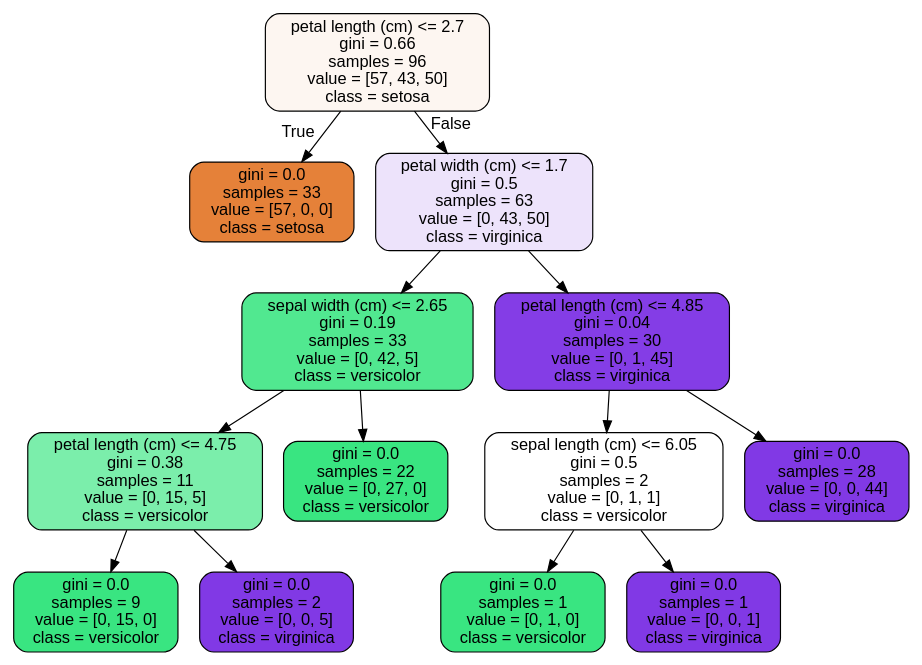
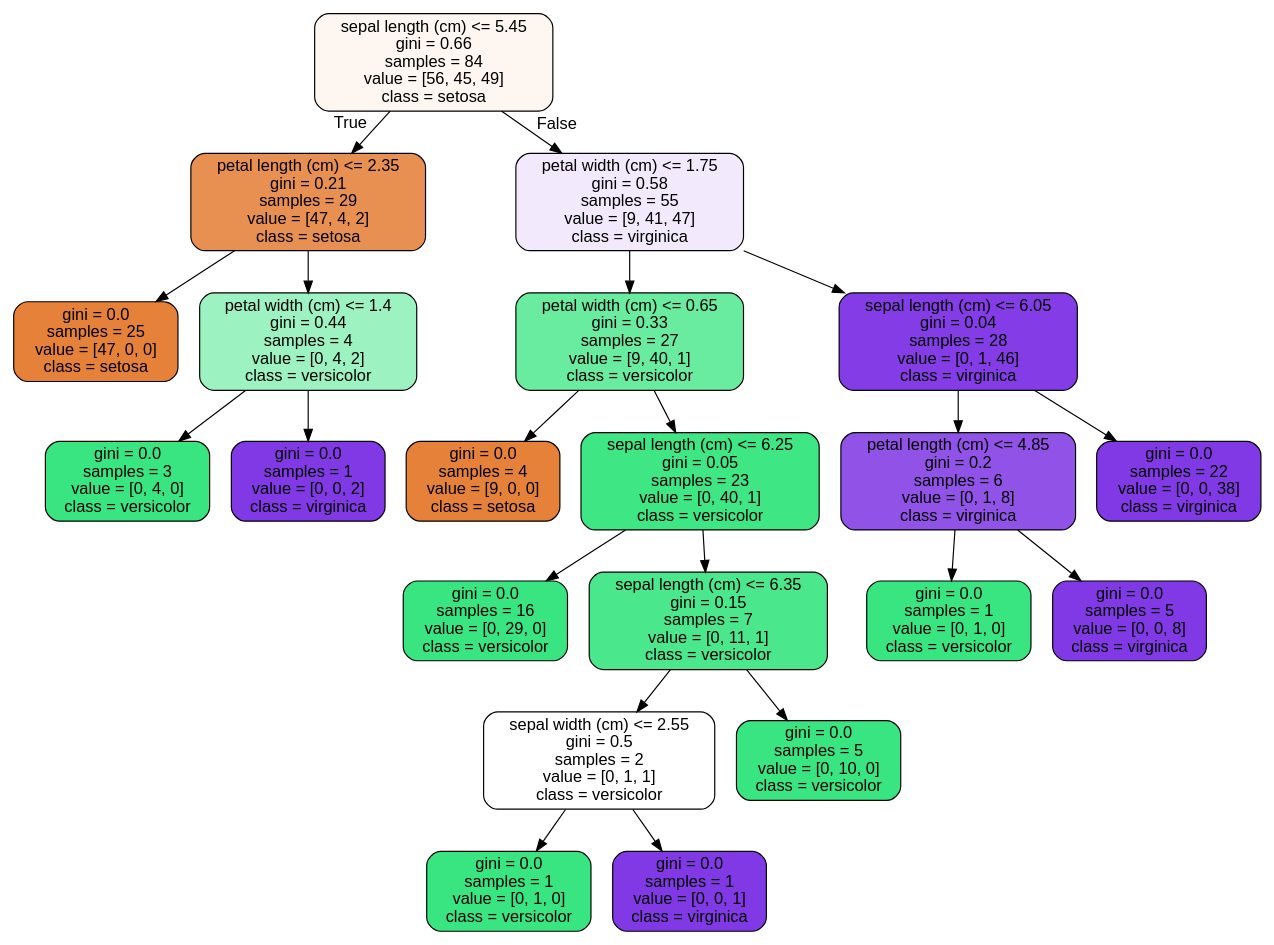
Before and after one commit to AutomationKay/Data-Science-: the diagram in RandomForest Covid Case Study_06302020/tree.dot, drawn with Graphviz. The commit also changed 1 other file, not shown here.

```diff
--- a/RandomForest Covid Case Study_06302020/tree.dot
+++ b/RandomForest Covid Case Study_06302020/tree.dot
@@ -1,29 +1,45 @@
 digraph Tree {
 node [shape=box, style="filled, rounded", color="black", fontname="helvetica"] ;
 edge [fontname="helvetica"] ;
-0 [label="petal length (cm) <= 2.7\ngini = 0.66\nsamples = 96\nvalue = [57, 43, 50]\nclass = setosa", fillcolor="#fdf6f1"] ;
-1 [label="gini = 0.0\nsamples = 33\nvalue = [57, 0, 0]\nclass = setosa", fillcolor="#e58139"] ;
+0 [label="sepal length (cm) <= 5.45\ngini = 0.66\nsamples = 84\nvalue = [56, 45, 49]\nclass = setosa", fillcolor="#fdf6f1"] ;
+1 [label="petal length (cm) <= 2.35\ngini = 0.21\nsamples = 29\nvalue = [47, 4, 2]\nclass = setosa", fillcolor="#e89051"] ;
 0 -> 1 [labeldistance=2.5, labelangle=45, headlabel="True"] ;
-2 [label="petal width (cm) <= 1.7\ngini = 0.5\nsamples = 63\nvalue = [0, 43, 50]\nclass = virginica", fillcolor="#ede3fb"] ;
-0 -> 2 [labeldistance=2.5, labelangle=-45, headlabel="False"] ;
-3 [label="sepal width (cm) <= 2.65\ngini = 0.19\nsamples = 33\nvalue = [0, 42, 5]\nclass = versicolor", fillcolor="#51e890"] ;
-2 -> 3 ;
-4 [label="petal length (cm) <= 4.75\ngini = 0.38\nsamples = 11\nvalue = [0, 15, 5]\nclass = versicolor", fillcolor="#7beeab"] ;
+2 [label="gini = 0.0\nsamples = 25\nvalue = [47, 0, 0]\nclass = setosa", fillcolor="#e58139"] ;
+1 -> 2 ;
+3 [label="petal width (cm) <= 1.4\ngini = 0.44\nsamples = 4\nvalue = [0, 4, 2]\nclass = versicolor", fillcolor="#9cf2c0"] ;
+1 -> 3 ;
+4 [label="gini = 0.0\nsamples = 3\nvalue = [0, 4, 0]\nclass = versicolor", fillcolor="#39e581"] ;
 3 -> 4 ;
-5 [label="gini = 0.0\nsamples = 9\nvalue = [0, 15, 0]\nclass = versicolor", fillcolor="#39e581"] ;
-4 -> 5 ;
-6 [label="gini = 0.0\nsamples = 2\nvalue = [0, 0, 5]\nclass = virginica", fillcolor="#8139e5"] ;
-4 -> 6 ;
-7 [label="gini = 0.0\nsamples = 22\nvalue = [0, 27, 0]\nclass = versicolor", fillcolor="#39e581"] ;
-3 -> 7 ;
-8 [label="petal length (cm) <= 4.85\ngini = 0.04\nsamples = 30\nvalue = [0, 1, 45]\nclass = virginica", fillcolor="#843de6"] ;
-2 -> 8 ;
-9 [label="sepal length (cm) <= 6.05\ngini = 0.5\nsamples = 2\nvalue = [0, 1, 1]\nclass = versicolor", fillcolor="#ffffff"] ;
-8 -> 9 ;
-10 [label="gini = 0.0\nsamples = 1\nvalue = [0, 1, 0]\nclass = versicolor", fillcolor="#39e581"] ;
+5 [label="gini = 0.0\nsamples = 1\nvalue = [0, 0, 2]\nclass = virginica", fillcolor="#8139e5"] ;
+3 -> 5 ;
+6 [label="petal width (cm) <= 1.75\ngini = 0.58\nsamples = 55\nvalue = [9, 41, 47]\nclass = virginica", fillcolor="#f2eafc"] ;
+0 -> 6 [labeldistance=2.5, labelangle=-45, headlabel="False"] ;
+7 [label="petal width (cm) <= 0.65\ngini = 0.33\nsamples = 27\nvalue = [9, 40, 1]\nclass = versicolor", fillcolor="#69eba0"] ;
+6 -> 7 ;
+8 [label="gini = 0.0\nsamples = 4\nvalue = [9, 0, 0]\nclass = setosa", fillcolor="#e58139"] ;
+7 -> 8 ;
+9 [label="sepal length (cm) <= 6.25\ngini = 0.05\nsamples = 23\nvalue = [0, 40, 1]\nclass = versicolor", fillcolor="#3ee684"] ;
+7 -> 9 ;
+10 [label="gini = 0.0\nsamples = 16\nvalue = [0, 29, 0]\nclass = versicolor", fillcolor="#39e581"] ;
 9 -> 10 ;
-11 [label="gini = 0.0\nsamples = 1\nvalue = [0, 0, 1]\nclass = virginica", fillcolor="#8139e5"] ;
+11 [label="sepal length (cm) <= 6.35\ngini = 0.15\nsamples = 7\nvalue = [0, 11, 1]\nclass = versicolor", fillcolor="#4be78c"] ;
 9 -> 11 ;
-12 [label="gini = 0.0\nsamples = 28\nvalue = [0, 0, 44]\nclass = virginica", fillcolor="#8139e5"] ;
-8 -> 12 ;
+12 [label="sepal width (cm) <= 2.55\ngini = 0.5\nsamples = 2\nvalue = [0, 1, 1]\nclass = versicolor", fillcolor="#ffffff"] ;
+11 -> 12 ;
+13 [label="gini = 0.0\nsamples = 1\nvalue = [0, 1, 0]\nclass = versicolor", fillcolor="#39e581"] ;
+12 -> 13 ;
+14 [label="gini = 0.0\nsamples = 1\nvalue = [0, 0, 1]\nclass = virginica", fillcolor="#8139e5"] ;
+12 -> 14 ;
+15 [label="gini = 0.0\nsamples = 5\nvalue = [0, 10, 0]\nclass = versicolor", fillcolor="#39e581"] ;
+11 -> 15 ;
+16 [label="sepal length (cm) <= 6.05\ngini = 0.04\nsamples = 28\nvalue = [0, 1, 46]\nclass = virginica", fillcolor="#843de6"] ;
+6 -> 16 ;
+17 [label="petal length (cm) <= 4.85\ngini = 0.2\nsamples = 6\nvalue = [0, 1, 8]\nclass = virginica", fillcolor="#9152e8"] ;
+16 -> 17 ;
+18 [label="gini = 0.0\nsamples = 1\nvalue = [0, 1, 0]\nclass = versicolor", fillcolor="#39e581"] ;
+17 -> 18 ;
+19 [label="gini = 0.0\nsamples = 5\nvalue = [0, 0, 8]\nclass = virginica", fillcolor="#8139e5"] ;
+17 -> 19 ;
+20 [label="gini = 0.0\nsamples = 22\nvalue = [0, 0, 38]\nclass = virginica", fillcolor="#8139e5"] ;
+16 -> 20 ;
 }
```
